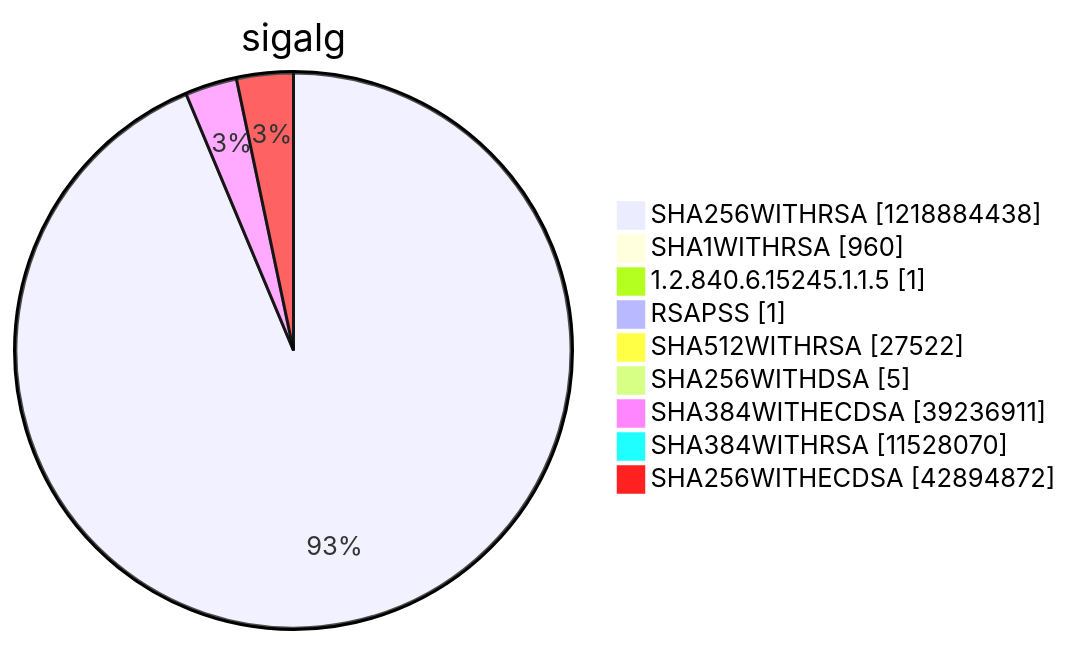
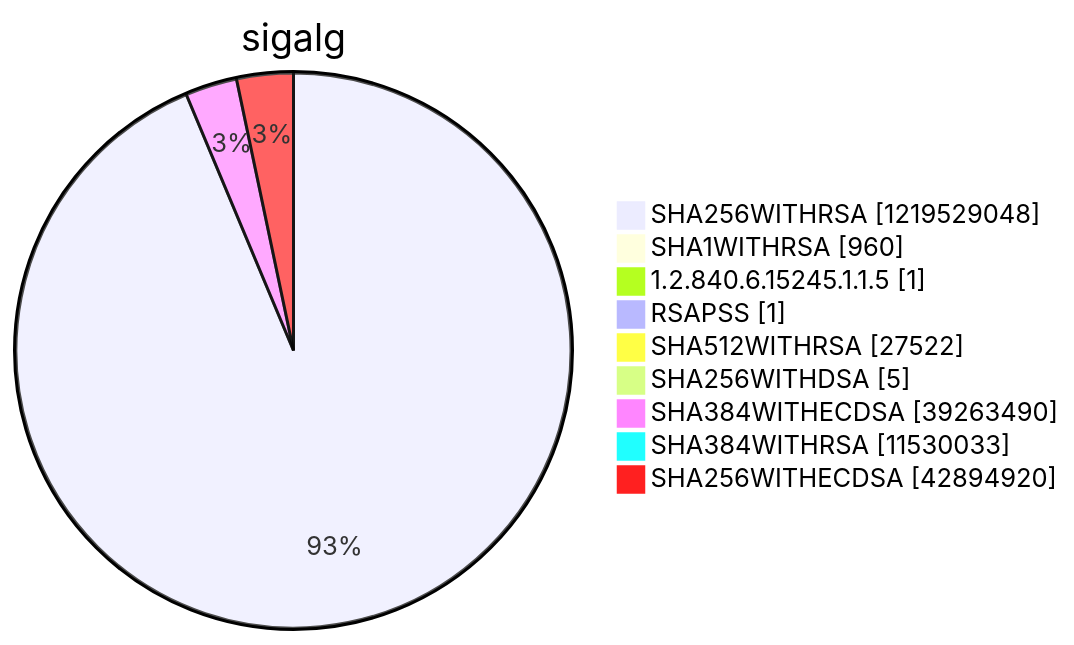
Diagram 15 of 15 in argon2022/README.md (christiankrug/ctmonitor_visualization), drawn with Mermaid before and after one commit. The commit also changed other lines of this file, not shown here.

````diff
--- a/argon2022/README.md
+++ b/argon2022/README.md
@@ -5521,13 +5521,13 @@
 ```mermaid
 pie showData
 title sigalg
-"SHA256WITHRSA" :1218884438
+"SHA256WITHRSA" :1219529048
 "SHA1WITHRSA" :960
 "1.2.840.6.15245.1.1.5" :1
 "RSAPSS" :1
 "SHA512WITHRSA" :27522
 "SHA256WITHDSA" :5
-"SHA384WITHECDSA" :39236911
-"SHA384WITHRSA" :11528070
-"SHA256WITHECDSA" :42894872
+"SHA384WITHECDSA" :39263490
+"SHA384WITHRSA" :11530033
+"SHA256WITHECDSA" :42894920
 ```
````
